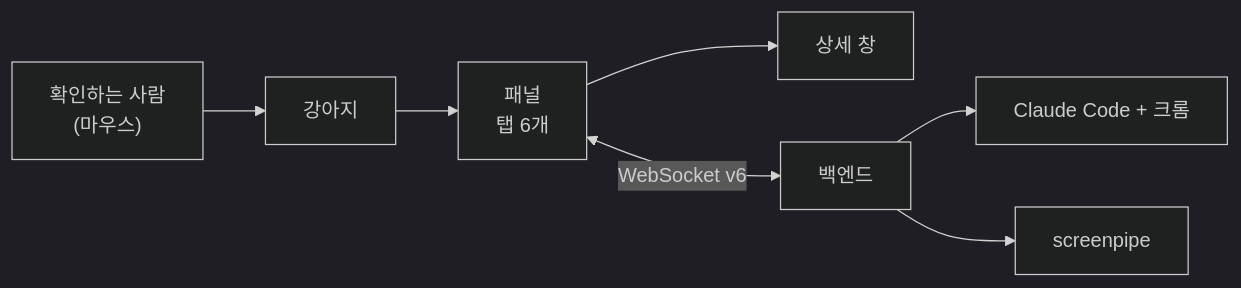
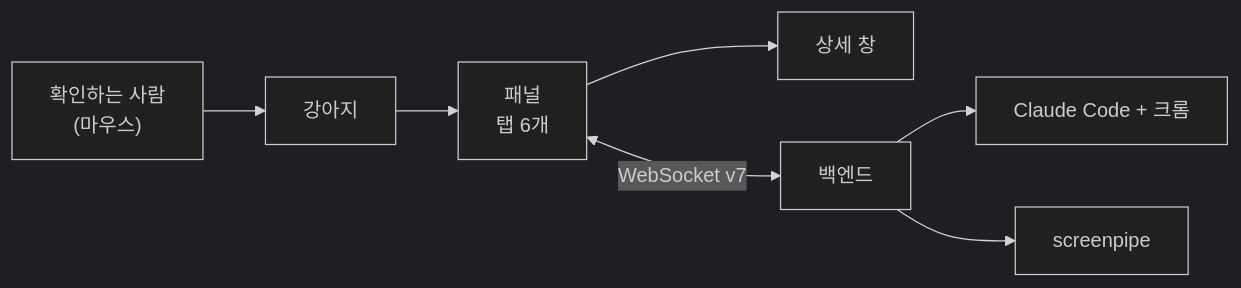
The diagram in docs/manual-checks/frontend.md (HEOSEONGILml/AssistantChatBot), drawn with Mermaid (dark theme) before and after one commit. The commit also changed other lines of this file and 36 other files, not shown here.

````diff
--- a/docs/manual-checks/frontend.md
+++ b/docs/manual-checks/frontend.md
@@ -12,9 +12,9 @@
 ```mermaid
 flowchart LR
   P["확인하는 사람<br>(마우스)"] --> D["강아지"]
   D --> PN["패널<br>탭 6개"]
   PN --> DW["상세 창"]
-  PN <-->|"WebSocket v6"| B["백엔드"]
+  PN <-->|"WebSocket v7"| B["백엔드"]
   B --> CC["Claude Code + 크롬"]
   B --> SP["screenpipe"]
 ```
````
